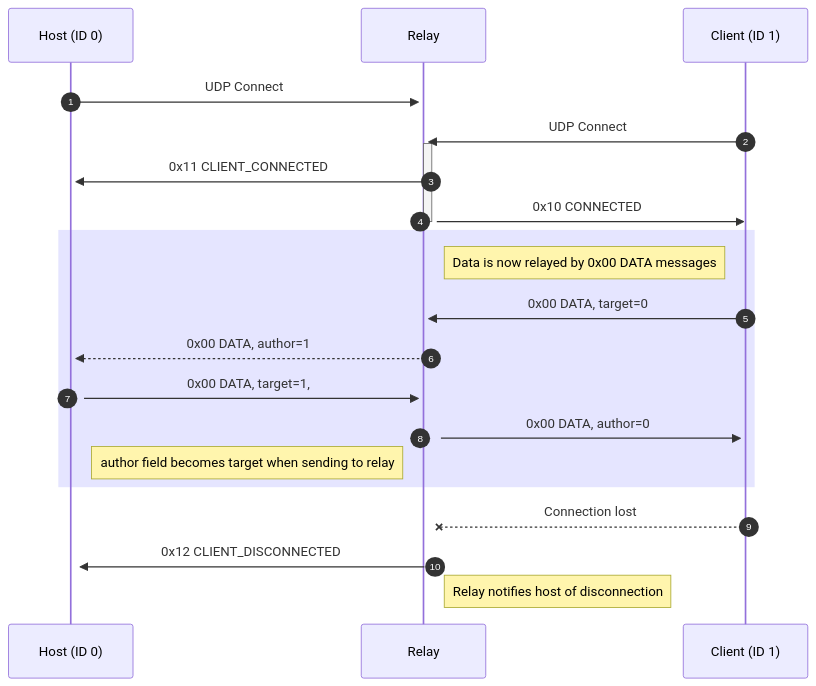
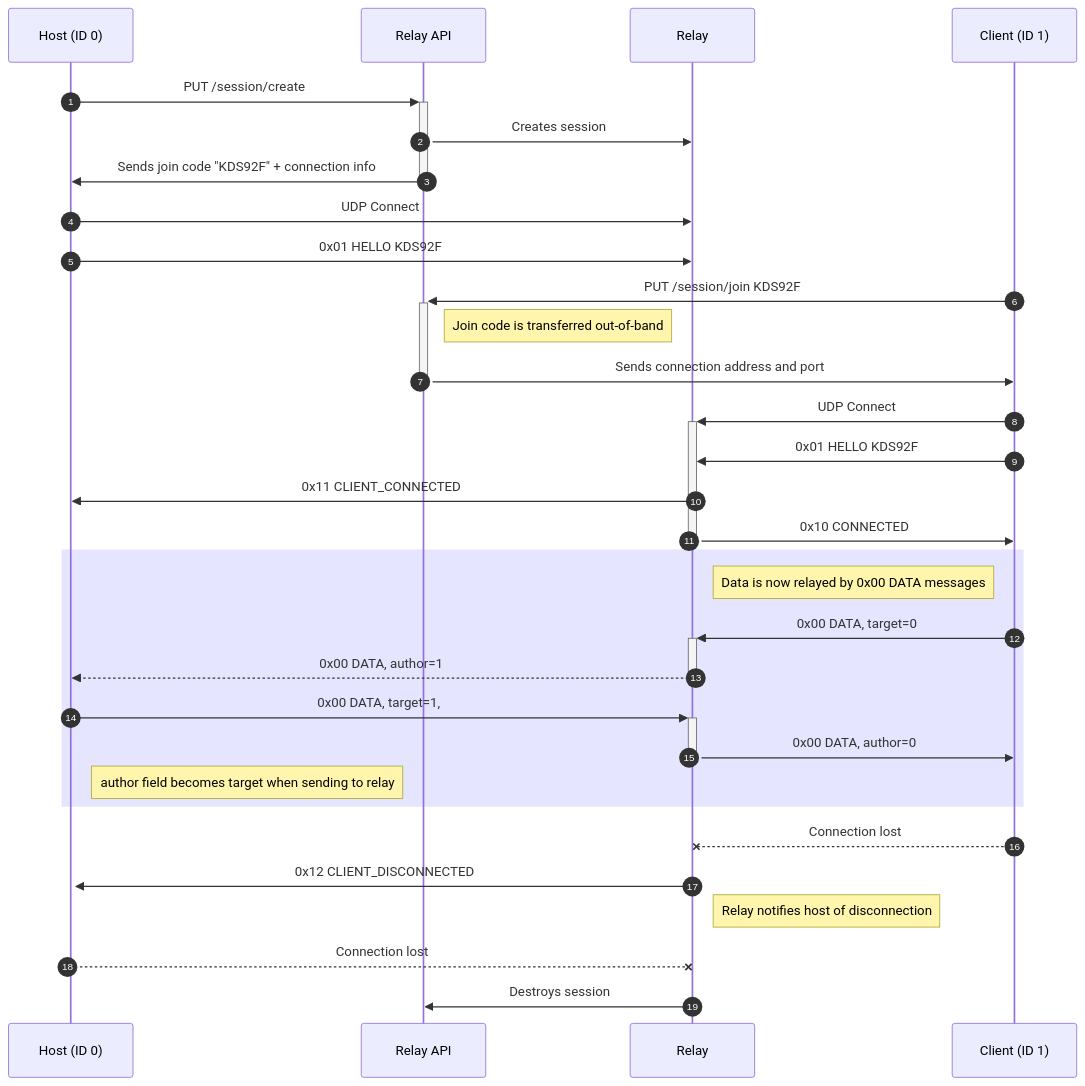
Before and after one commit to jacksonrakena/promul: the diagram in README.md, drawn with Mermaid.

````diff
--- a/README.md
+++ b/README.md
@@ -25,19 +25,34 @@
 ```mermaid
 sequenceDiagram
     autonumber
-    Host (ID 0)->>+Relay: UDP Connect
+    Host (ID 0)->>+Relay API: PUT /session/create
+    Relay API->>Relay: Creates session
+    Relay API->>-Host (ID 0): Sends join code "KDS92F" + connection info
+    
+    Host (ID 0)->>Relay: UDP Connect
+    Host (ID 0)->>Relay: 0x01 HELLO KDS92F
+    Client (ID 1)->>+Relay API: PUT /session/join KDS92F
+    note right of Relay API: Join code is transferred out-of-band
+    Relay API->>-Client (ID 1): Sends connection address and port
+
     Client (ID 1)->>+Relay: UDP Connect
-    Relay->>+Host (ID 0): 0x11 CLIENT_CONNECTED
+    Client (ID 1)->>Relay: 0x01 HELLO KDS92F
+    Relay->>Host (ID 0): 0x11 CLIENT_CONNECTED
     Relay->>-Client (ID 1): 0x10 CONNECTED
+
     rect rgba(0, 0, 255, .1)
             note right of Relay: Data is now relayed by 0x00 DATA messages
     Client (ID 1)->>+Relay: 0x00 DATA, target=0
-    Relay-->>+Host (ID 0): 0x00 DATA, author=1
+    Relay-->>-Host (ID 0): 0x00 DATA, author=1
     Host (ID 0)->>+Relay: 0x00 DATA, target=1,
-    Relay->>+Client (ID 1): 0x00 DATA, author=0
+    Relay->>-Client (ID 1): 0x00 DATA, author=0
     note right of Host (ID 0): author field becomes target when sending to relay
     end
+
     Client (ID 1)--xRelay: Connection lost
     Relay->>+Host (ID 0): 0x12 CLIENT_DISCONNECTED
     note right of Relay: Relay notifies host of disconnection
+    
+    Host (ID 0)--xRelay: Connection lost
+    Relay->>Relay API: Destroys session
 ```
````
